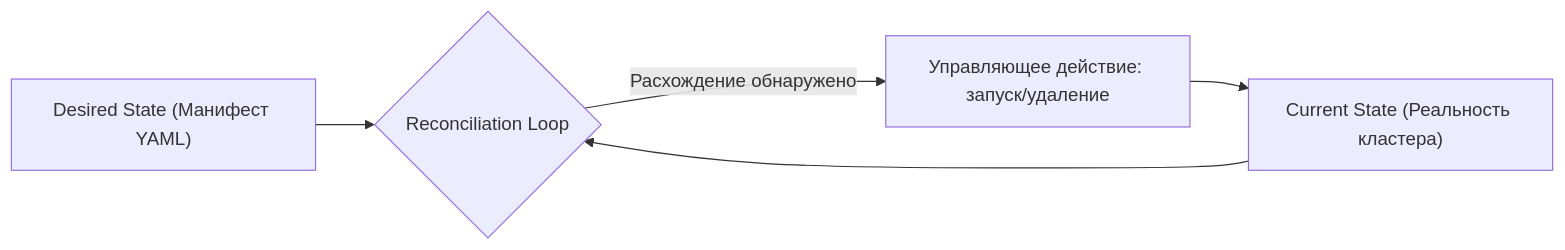
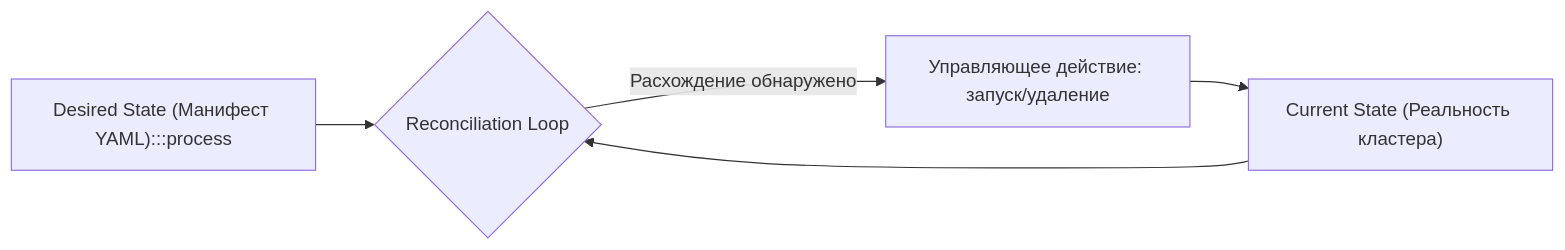
The first of 3 diagrams in sources/19. Инфраструктура. Linux, nginx, Docker, Kubernetes/04. Kubernetes/1. Kubernetes. Архитектура.md (UnrealTemplier/go-textbook), drawn with Mermaid before and after one commit. The commit also changed other lines of this file and 1666 other files, not shown here.

First line of the commit message:
feat(mermaid): add semantic color classDef to 1369 colorless flowchart/graph diagrams

````diff
--- a/sources/19. Инфраструктура. Linux, nginx, Docker, Kubernetes/04. Kubernetes/1. Kubernetes. Архитектура.md
+++ b/sources/19. Инфраструктура. Linux, nginx, Docker, Kubernetes/04. Kubernetes/1. Kubernetes. Архитектура.md
@@ -27,7 +27,17 @@
 ```mermaid
 flowchart LR
-    A["Desired State (Манифест YAML)"] --> C{"Reconciliation Loop"}
+    classDef process  fill:#1e293b,stroke:#38bdf8,stroke-width:1px,color:#f8fafc
+    classDef success  fill:#064e3b,stroke:#34d399,stroke-width:1px,color:#f8fafc
+    classDef error    fill:#7f1d1d,stroke:#f87171,stroke-width:1px,color:#f8fafc
+    classDef warning  fill:#78350f,stroke:#fbbf24,stroke-width:1px,color:#f8fafc
+    classDef entry    fill:#1e3a5f,stroke:#38bdf8,stroke-width:2px,color:#f8fafc
+    classDef aux      fill:#334155,stroke:#64748b,stroke-width:1px,color:#f8fafc
+    classDef system   fill:#312e81,stroke:#a78bfa,stroke-width:1px,color:#f8fafc
+    classDef data     fill:#132d29,stroke:#2dd4bf,stroke-width:1px,color:#f8fafc
+    classDef network  fill:#881337,stroke:#fb7185,stroke-width:1px,color:#f8fafc
+    classDef accent   fill:#1e1b4b,stroke:#818cf8,stroke-width:1px,color:#f8fafc
+    A["Desired State (Манифест YAML):::process"] --> C{"Reconciliation Loop"}
     B["Current State (Реальность кластера)"] --> C
     C -->|"Расхождение обнаружено"| D["Управляющее действие: запуск/удаление"]
     D --> B
 ```
````
